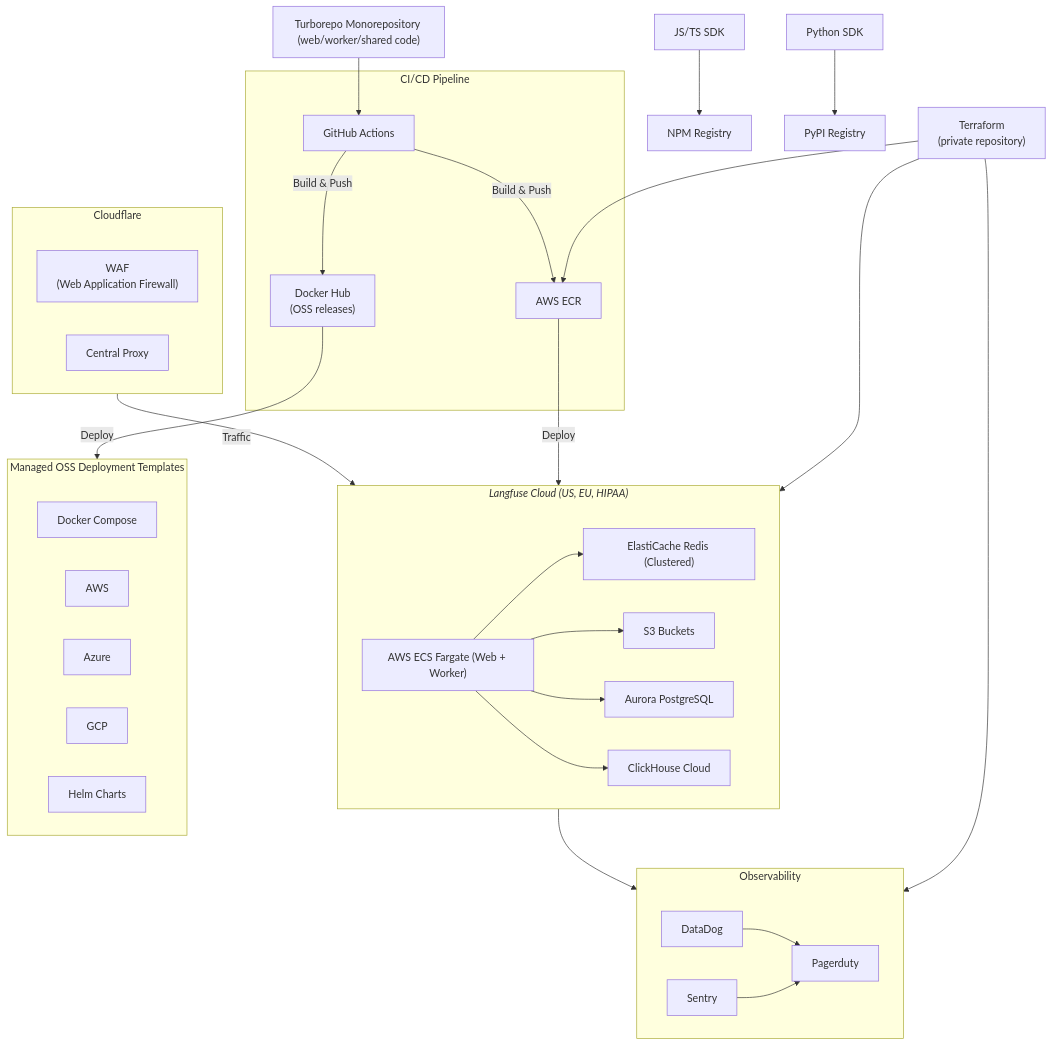
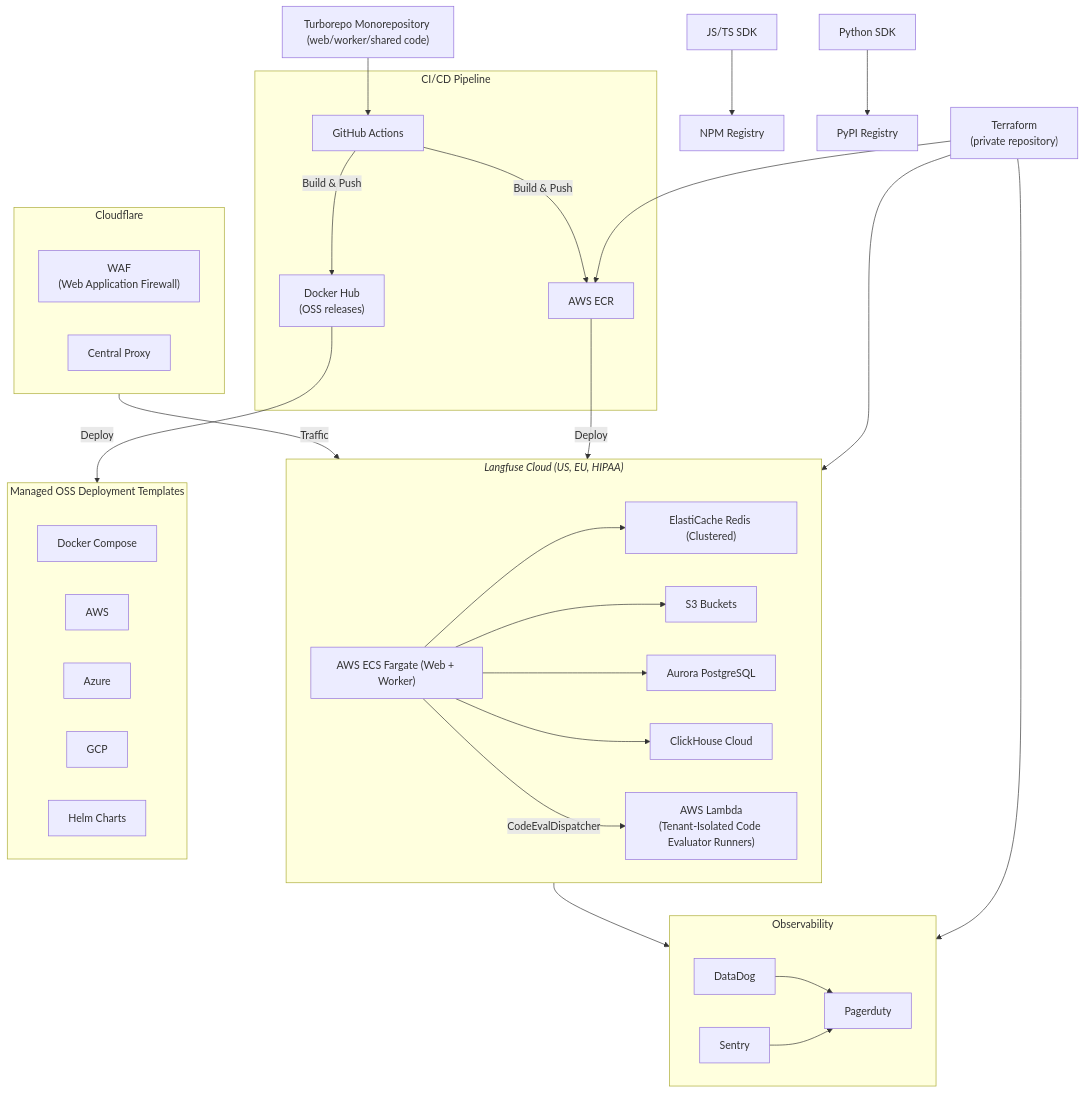
Before and after one commit to langfuse/langfuse-docs: the third of 3 diagrams in content/handbook/product-engineering/architecture.mdx, drawn with Mermaid. The commit also changed other lines of this file, not shown here.

Commit message:
docs(handbook): add code evaluator lambda architecture

````diff
--- a/content/handbook/product-engineering/architecture.mdx
+++ b/content/handbook/product-engineering/architecture.mdx
@@ -54,77 +57,78 @@
 ```mermaid
 ---
 config:
   flowchart:
     subGraphTitleMargin:
       bottom: 30
 ---
 graph TB
 
 
     MR["Turborepo Monorepository (web/worker/shared code)"]
     Python["Python SDK"]
     JS["JS/TS SDK"]
 
     NPM["NPM Registry"]
     PYPI["PyPI Registry"]
 
 
     JS --> NPM
     Python --> PYPI
 
 
     GHA["GitHub Actions"]
 
     MR --> GHA
 
     TF["Terraform <br/>(private repository)"]
     TF --> ECR
     TF --> VPN
     TF --> Observability
 
 
     subgraph CD["CI/CD Pipeline"]
         GHA -->|Build & Push| ECR[AWS ECR]
         GHA -->|Build & Push| DockerHub["Docker Hub<br/>(OSS releases)"]
     end
     ECR -->|Deploy| VPN
 
     subgraph CF["Cloudflare"]
         WAF["WAF<br/>(Web Application Firewall)"]
         Proxy["Central Proxy"]
     end
 
     CF -->|Traffic| VPN
 
     subgraph VPN["<span style='display:block; width:100%; text-align:left; white-space: nowrap;'><i>Langfuse Cloud (US, EU, HIPAA)</i></span>"]
         ECS["AWS ECS Fargate (Web + Worker)"]
         ECS --> ElastiCache["ElastiCache Redis (Clustered)"]
         ECS --> S3[S3 Buckets]
         ECS --> Aurora[Aurora PostgreSQL]
         ECS --> CH[ClickHouse Cloud]
+        ECS -->|CodeEvalDispatcher| Lambda["AWS Lambda<br/>(Tenant-Isolated Code Evaluator Runners)"]
     end
 
     subgraph OSS["Managed OSS Deployment Templates"]
         direction LR
         DockerCompose["Docker Compose"]
         AWSCustomer["AWS"]
         AzureCustomer["Azure"]
         GCPCustomer["GCP"]
         HelmCharts["Helm Charts"]
     end
 
     DockerHub -->|Deploy| OSS
 
 
 
     subgraph "Observability"
         DataDog
         Sentry
         Pagerduty
 
         DataDog --> Pagerduty
         Sentry --> Pagerduty
     end
 
     VPN --> Observability
 ```
````
